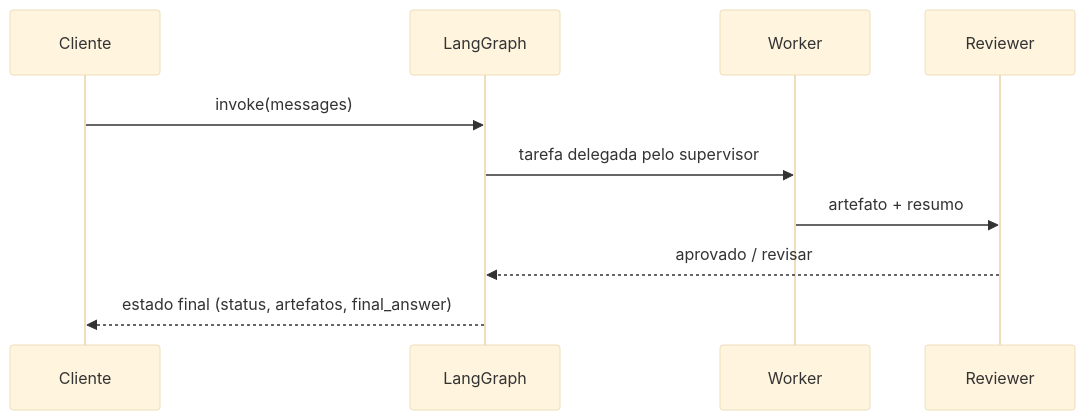
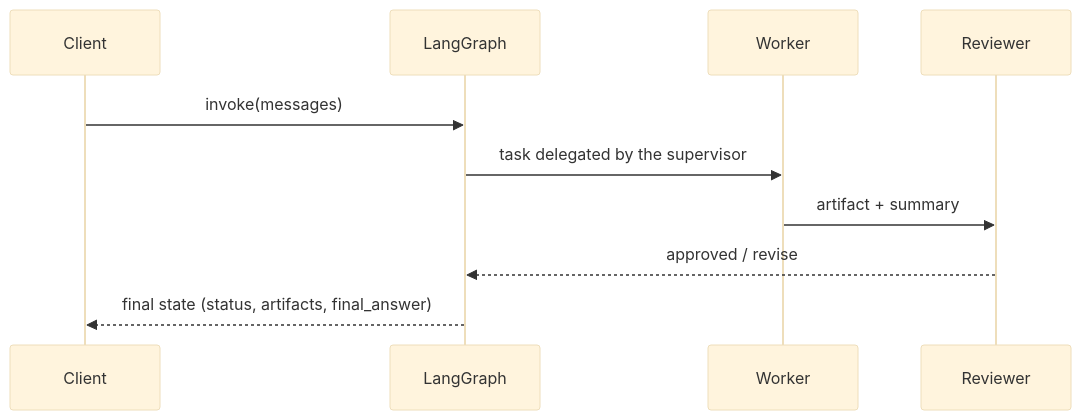
One commit to PresetyX/AI-Multi-Agent-System changed the second of 2 diagrams in README.md. Above: the diagram before and after it, drawn with Mermaid (base theme). The commit also changed other lines of this file and 1 other file, not shown here.

````diff
--- a/README.md
+++ b/README.md
@@ -31,12 +33,12 @@
 ```mermaid
 sequenceDiagram
-  participant C as Cliente
+  participant C as Client
   participant G as LangGraph
   participant W as Worker
   participant Q as Reviewer
   C->>G: invoke(messages)
-  G->>W: tarefa delegada pelo supervisor
-  W->>Q: artefato + resumo
-  Q-->>G: aprovado / revisar
-  G-->>C: estado final (status, artefatos, final_answer)
+  G->>W: task delegated by the supervisor
+  W->>Q: artifact + summary
+  Q-->>G: approved / revise
+  G-->>C: final state (status, artifacts, final_answer)
 ```
````
